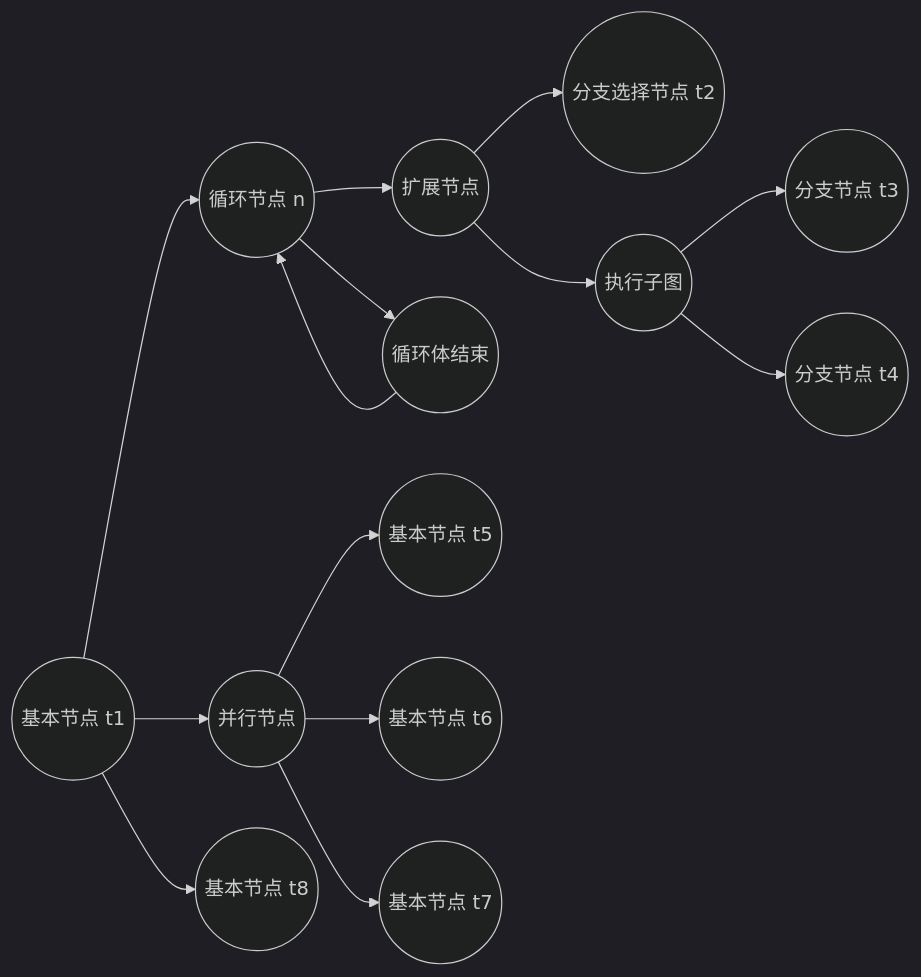
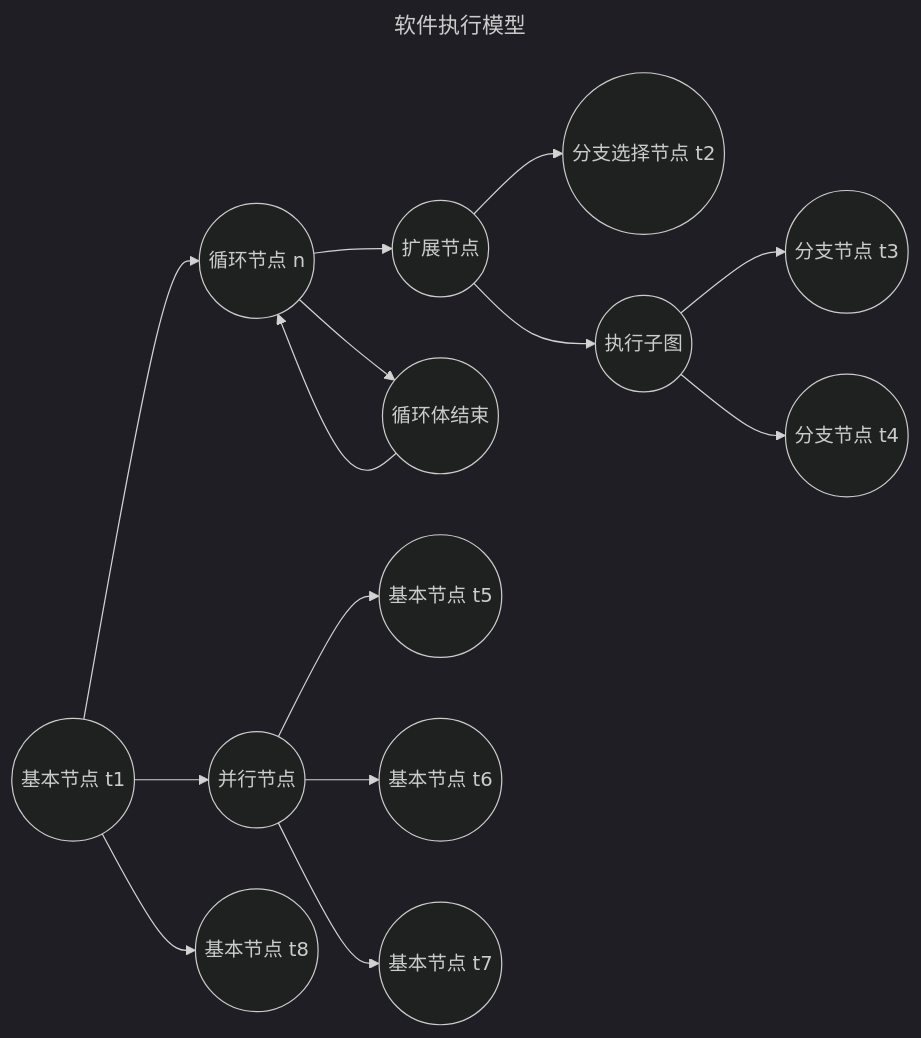
Before and after one commit to 0xcaffebabe/note: the first of 4 diagrams in doc/软件工程/性能工程/性能优化.md, drawn with Mermaid (dark theme). The commit also changed other lines of this file and 5 other files, not shown here.

````diff
--- a/doc/软件工程/性能工程/性能优化.md
+++ b/doc/软件工程/性能工程/性能优化.md
@@ -9,18 +15,21 @@
 ```mermaid
+---
+title: 软件执行模型
+---
 graph LR
 
 A((基本节点 t1)) --> B((循环节点 n))
 B --> C((扩展节点))
 C --> D((分支选择节点 t2))
 C --> E((执行子图))
 E --> F((分支节点 t3))
 E --> G((分支节点 t4))
 B --> H((循环体结束))
 H --> B
 A --> I((并行节点))
 I --> J((基本节点 t5))
 I --> K((基本节点 t6))
 I --> L((基本节点 t7))
 A --> M((基本节点 t8))
 
 ```
````
